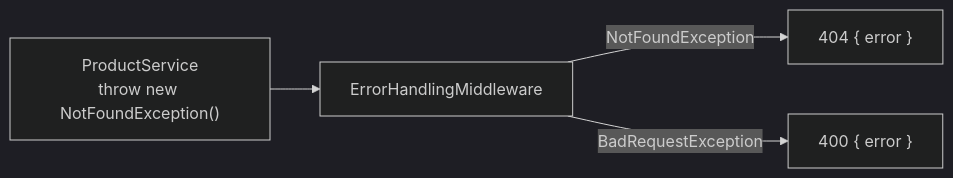
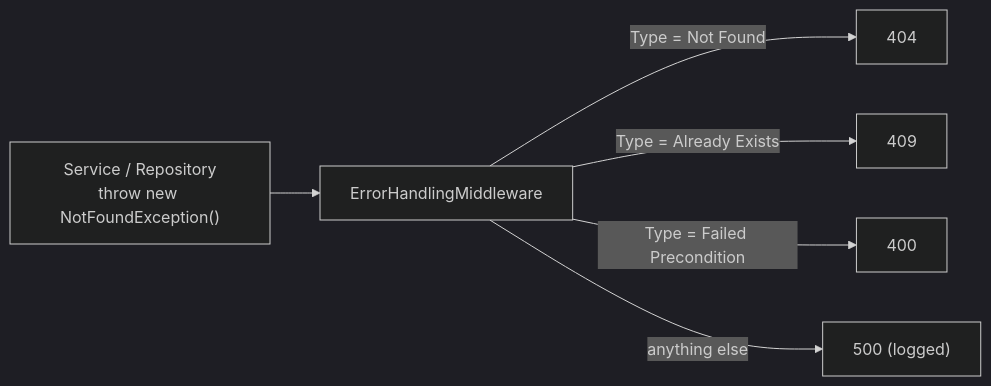
Before and after one commit to wesamkhateeb98-creator/clean-architecture-uow-repository: the second of 2 diagrams in docs/04-putting-it-together.md, drawn with Mermaid (dark theme). The commit also changed other lines of this file and 73 other files, not shown here.

Commit message:
refactor: align Shop.Demo with clean-architecture template (Abstracts, IEntity, CompleteAsync/Transaction, Presentation layer)

````diff
--- a/docs/04-putting-it-together.md
+++ b/docs/04-putting-it-together.md
@@ -46,6 +49,8 @@
 ```mermaid
 flowchart LR
-    Svc["ProductService<br/>throw new NotFoundException()"] --> MW[ErrorHandlingMiddleware]
-    MW -->|NotFoundException| R404["404 { error }"]
-    MW -->|BadRequestException| R400["400 { error }"]
+    Svc["Service / Repository<br/>throw new NotFoundException()"] --> MW[ErrorHandlingMiddleware]
+    MW -->|"Type = Not Found"| R404["404"]
+    MW -->|"Type = Already Exists"| R409["409"]
+    MW -->|"Type = Failed Precondition"| R400["400"]
+    MW -->|"anything else"| R500["500 (logged)"]
 ```
````
